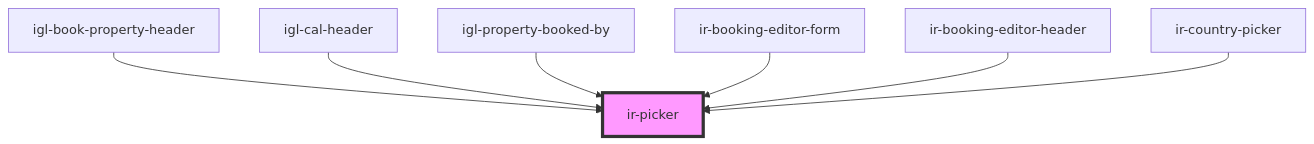
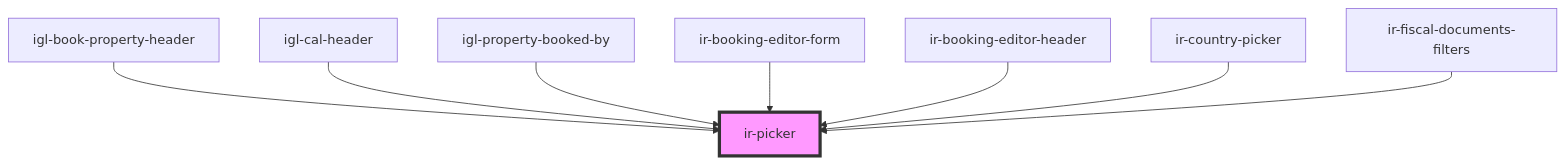
Before and after one commit to RonyRizk/ir-webcmp: the diagram in src/components/ui/ir-picker/readme.md, drawn with Mermaid. The commit also changed other lines of this file and 586 other files, not shown here.

````diff
--- a/src/components/ui/ir-picker/readme.md
+++ b/src/components/ui/ir-picker/readme.md
@@ -90,10 +91,11 @@
 ```mermaid
 graph TD;
   igl-book-property-header --> ir-picker
   igl-cal-header --> ir-picker
   igl-property-booked-by --> ir-picker
   ir-booking-editor-form --> ir-picker
   ir-booking-editor-header --> ir-picker
   ir-country-picker --> ir-picker
+  ir-fiscal-documents-filters --> ir-picker
   style ir-picker fill:#f9f,stroke:#333,stroke-width:4px
 ```
````
